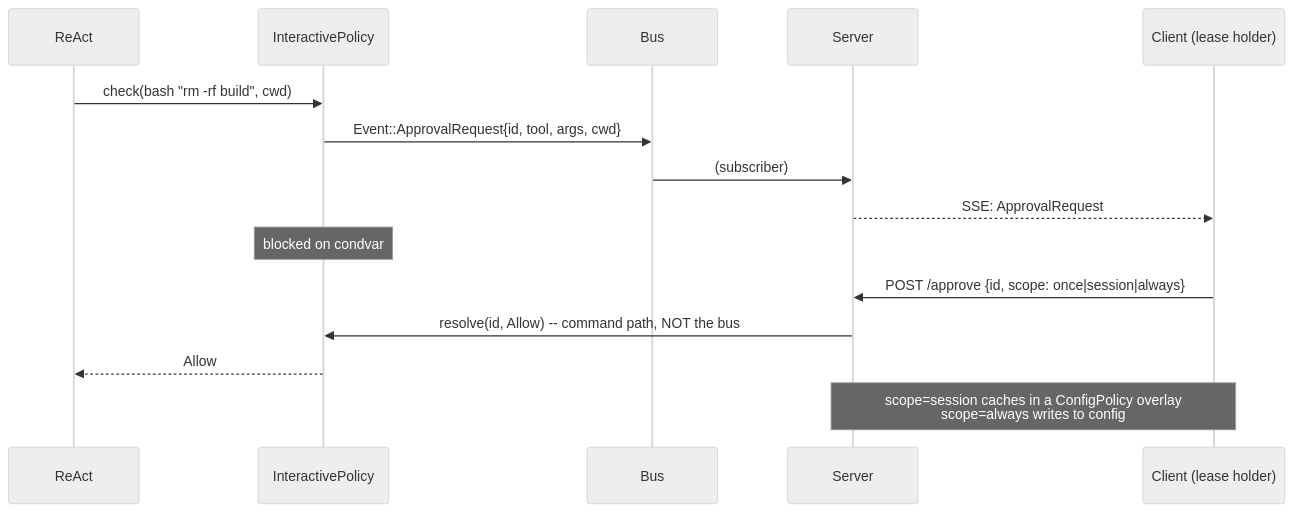
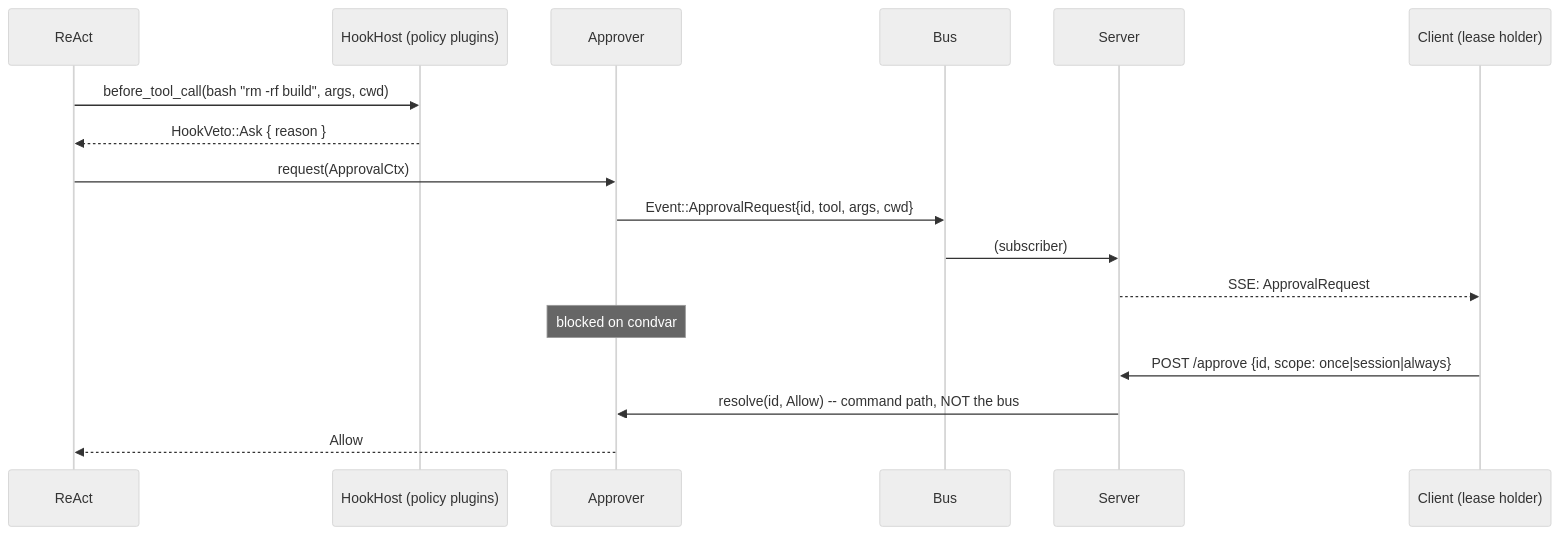
The ninth of 12 diagrams in DESIGN.md (96Ems/kn9t), drawn with Mermaid (neutral theme) before and after one commit. The commit also changed other lines of this file and 162 other files, not shown here.

````diff
--- a/DESIGN.md
+++ b/DESIGN.md
@@ -1545,18 +1554,20 @@
 ```mermaid
 sequenceDiagram
     participant R as ReAct
-    participant Pol as InteractivePolicy
+    participant H as HookHost (policy plugins)
+    participant Ap as Approver
     participant B as Bus
     participant Srv as Server
     participant C as Client (lease holder)
 
-    R->>Pol: check(bash "rm -rf build", cwd)
-    Pol->>B: Event::ApprovalRequest{id, tool, args, cwd}
+    R->>H: before_tool_call(bash "rm -rf build", args, cwd)
+    H-->>R: HookVeto::Ask { reason }
+    R->>Ap: request(ApprovalCtx)
+    Ap->>B: Event::ApprovalRequest{id, tool, args, cwd}
     B->>Srv: (subscriber)
     Srv-->>C: SSE: ApprovalRequest
-    Note over Pol: blocked on condvar
+    Note over Ap: blocked on condvar
     C->>Srv: POST /approve {id, scope: once|session|always}
-    Srv->>Pol: resolve(id, Allow) -- command path, NOT the bus
-    Pol-->>R: Allow
-    Note over C,Srv: scope=session caches in a ConfigPolicy overlay<br/>scope=always writes to config
+    Srv->>Ap: resolve(id, Allow) -- command path, NOT the bus
+    Ap-->>R: Allow
 ```
````
